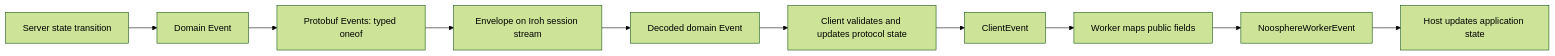
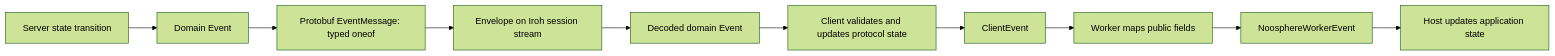
The first of 2 diagrams in architecture/events.md (peerchemist/noosphere), drawn with Mermaid (forest theme) before and after one commit. The commit also changed other lines of this file and 12 other files, not shown here.

Commit message:
Rename protobuf event wrapper

````diff
--- a/architecture/events.md
+++ b/architecture/events.md
@@ -17,12 +17,12 @@
 ```mermaid
 flowchart LR
     S["Server state transition"] --> E["Domain Event"]
-    E --> P["Protobuf Events: typed oneof"]
+    E --> P["Protobuf EventMessage: typed oneof"]
     P --> N["Envelope on Iroh session stream"]
     N --> D["Decoded domain Event"]
     D --> C["Client validates and updates protocol state"]
     C --> CE["ClientEvent"]
     CE --> W["Worker maps public fields"]
     W --> WE["NoosphereWorkerEvent"]
     WE --> A["Host updates application state"]
 ```
````
